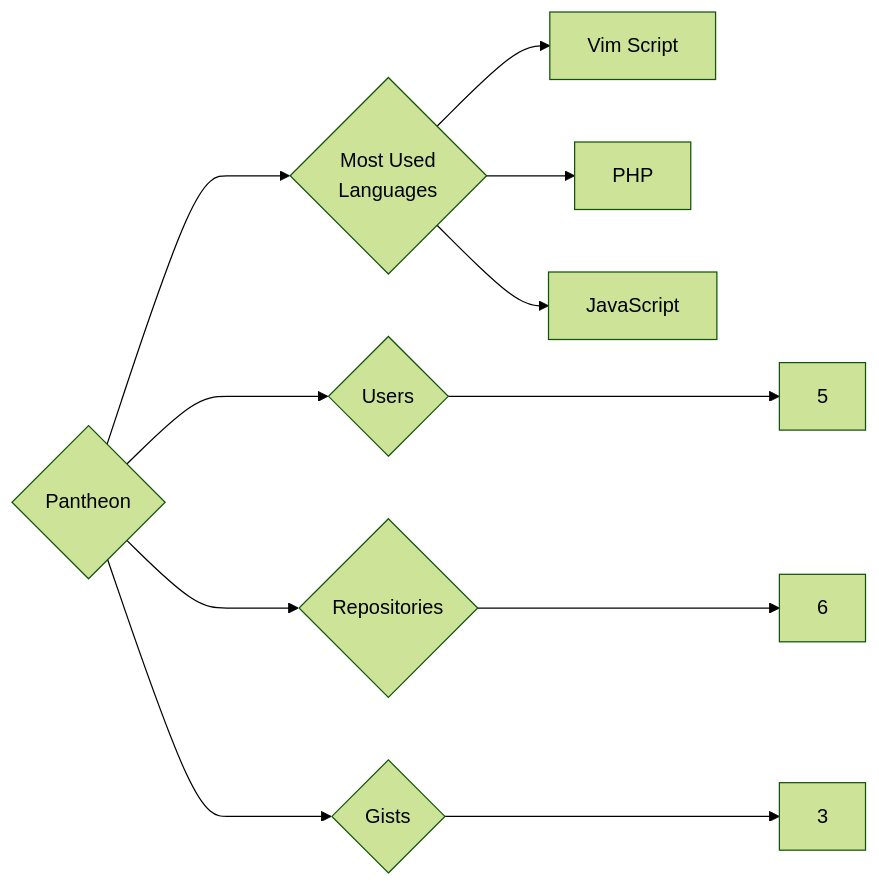
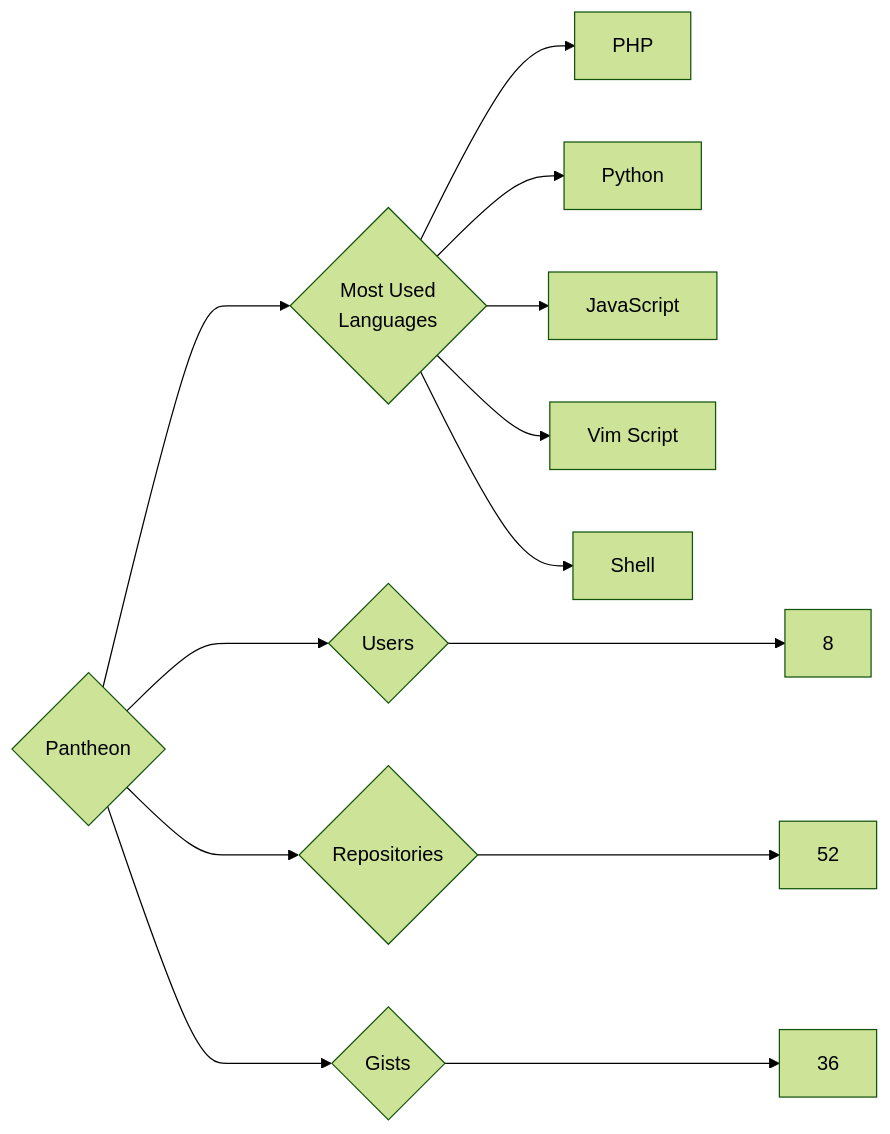
Before and after one commit to trickest/insiders: the diagram in targets/Pantheon/README.md, drawn with Mermaid (forest theme). The commit also changed 903 other files, not shown here.

````diff
--- a/targets/Pantheon/README.md
+++ b/targets/Pantheon/README.md
@@ -3,11 +3,13 @@
 ```mermaid
 graph LR
 COMPANY_NAME{Pantheon}
-COMPANY_NAME ---> U{Users} ---> UN[5]
-COMPANY_NAME ---> R{Repositories} ---> RN[6]
-COMPANY_NAME ---> G{Gists} ---> GN[3]
+COMPANY_NAME ---> U{Users} ---> UN[8]
+COMPANY_NAME ---> R{Repositories} ---> RN[52]
+COMPANY_NAME ---> G{Gists} ---> GN[36]
 COMPANY_NAME ---> ML{Most Used<br>Languages}
+ML --> PHP[PHP]
+ML --> Python[Python]
+ML --> JavaScript[JavaScript]
 ML --> Vim_Script[Vim Script]
-ML --> PHP[PHP]
-ML --> JavaScript[JavaScript]
+ML --> Shell[Shell]
 ```
````
